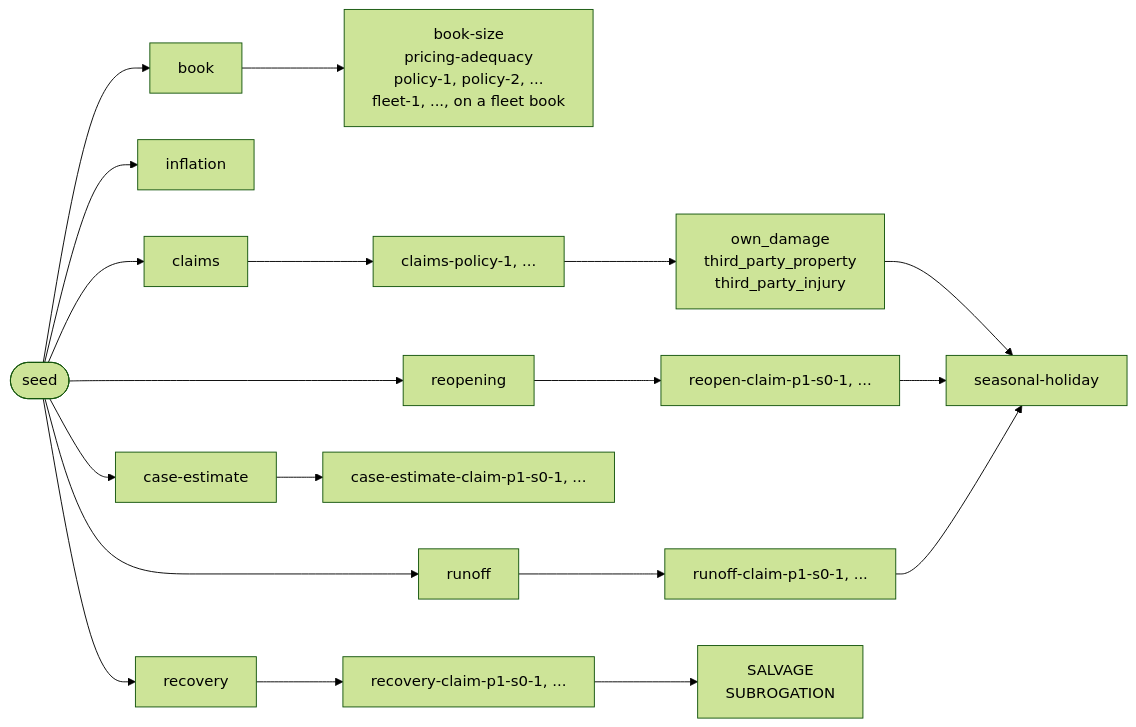
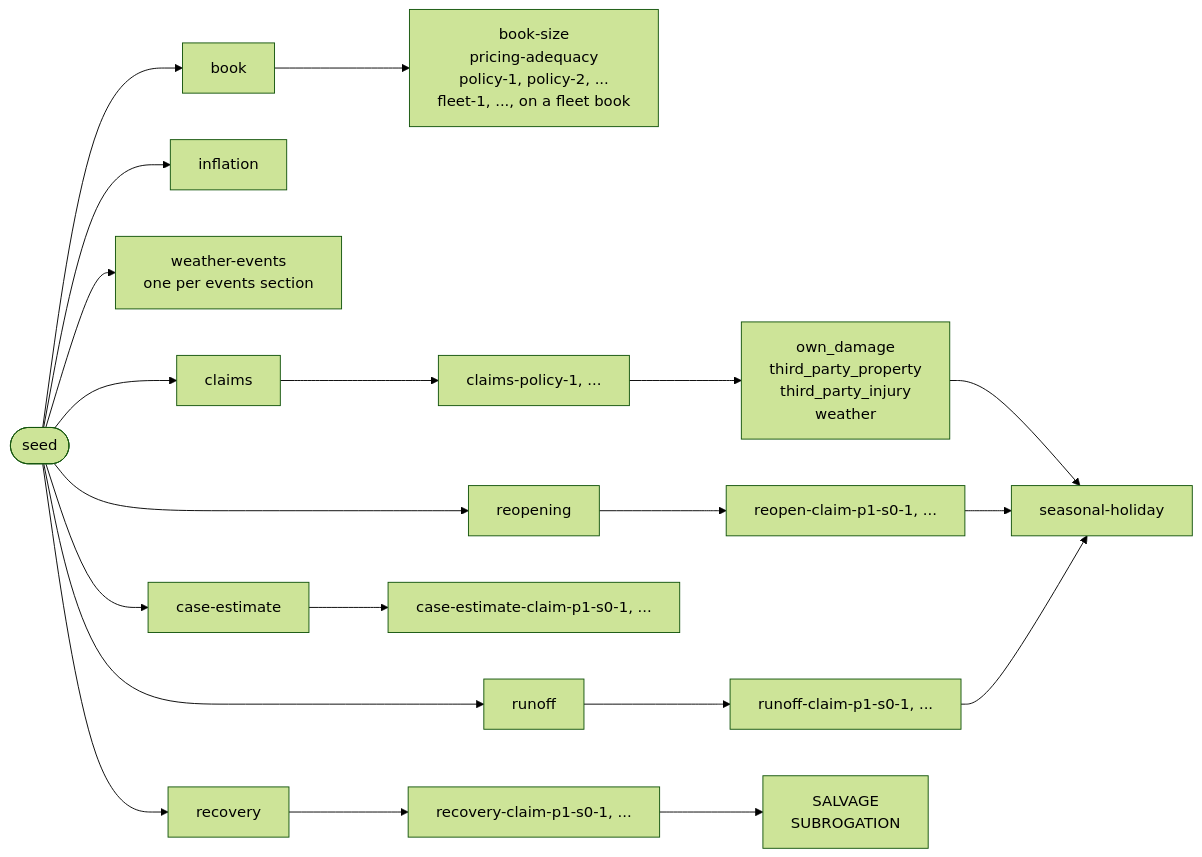
Before and after one commit to le-marais/claims-data-generator: the ninth of 11 diagrams in README.md, drawn with Mermaid (forest theme). The commit also changed other lines of this file and 21 other files, not shown here.

````diff
--- a/README.md
+++ b/README.md
@@ -318,29 +341,31 @@
 ```mermaid
 %%{init: {"flowchart": {"wrappingWidth": 480}}}%%
 flowchart LR
     seed(["seed"])
     book["book"]
     bookStreams["book-size<br/>pricing-adequacy<br/>policy-1, policy-2, ...<br/>fleet-1, ..., on a fleet book"]
     inflation["inflation"]
+    events["weather-events<br/>one per events section"]
     claims["claims"]
     claimStreams["claims-policy-1, ..."]
-    sectionStreams["own_damage<br/>third_party_property<br/>third_party_injury"]
+    sectionStreams["own_damage<br/>third_party_property<br/>third_party_injury<br/>weather"]
     holidayStreams["seasonal-holiday"]
     reopening["reopening"]
     reopenStreams["reopen-claim-p1-s0-1, ..."]
     caseEstimate["case-estimate"]
     caseStreams["case-estimate-claim-p1-s0-1, ..."]
     runoff["runoff"]
     runoffStreams["runoff-claim-p1-s0-1, ..."]
     recovery["recovery"]
     recoveryStreams["recovery-claim-p1-s0-1, ..."]
     recoveryKinds["SALVAGE<br/>SUBROGATION"]
     seed --> book --> bookStreams
     seed --> inflation
+    seed --> events
     seed --> claims --> claimStreams --> sectionStreams
     seed --> reopening --> reopenStreams
     seed --> caseEstimate --> caseStreams
     seed --> runoff --> runoffStreams
     sectionStreams & reopenStreams & runoffStreams --> holidayStreams
     seed --> recovery --> recoveryStreams --> recoveryKinds
 ```
````
